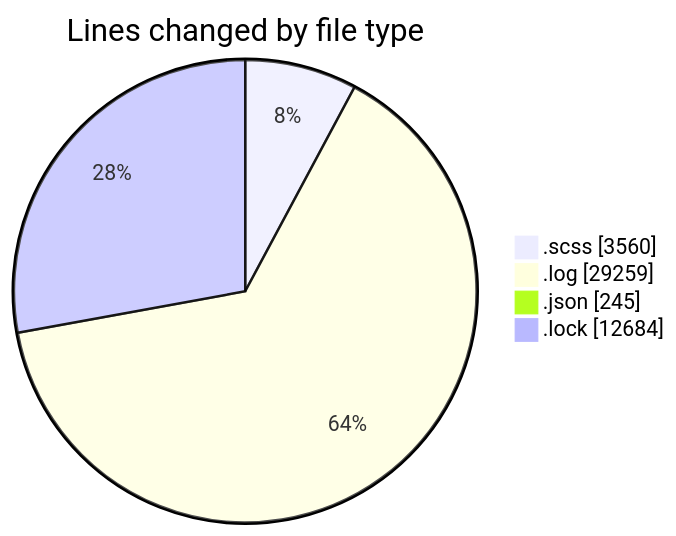
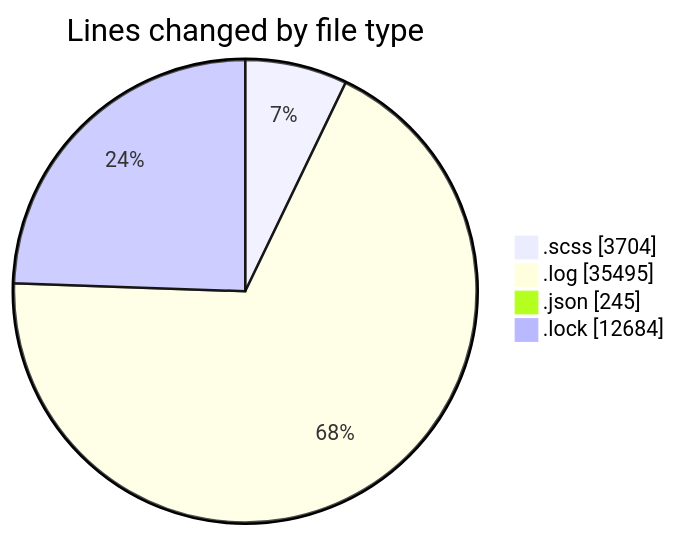
The first of 2 diagrams in 2026-01-21/cda/README.md (momahboobian/code-tracking), drawn with Mermaid before and after one commit. The commit also changed other lines of this file and 1 other file, not shown here.

````diff
--- a/2026-01-21/cda/README.md
+++ b/2026-01-21/cda/README.md
@@ -40,8 +41,8 @@
 ```mermaid
 pie showData
 title Lines changed by file type
-".scss" : 3560
-".log" : 29259
+".scss" : 3704
+".log" : 35495
 ".json" : 245
 ".lock" : 12684
 ```
````
